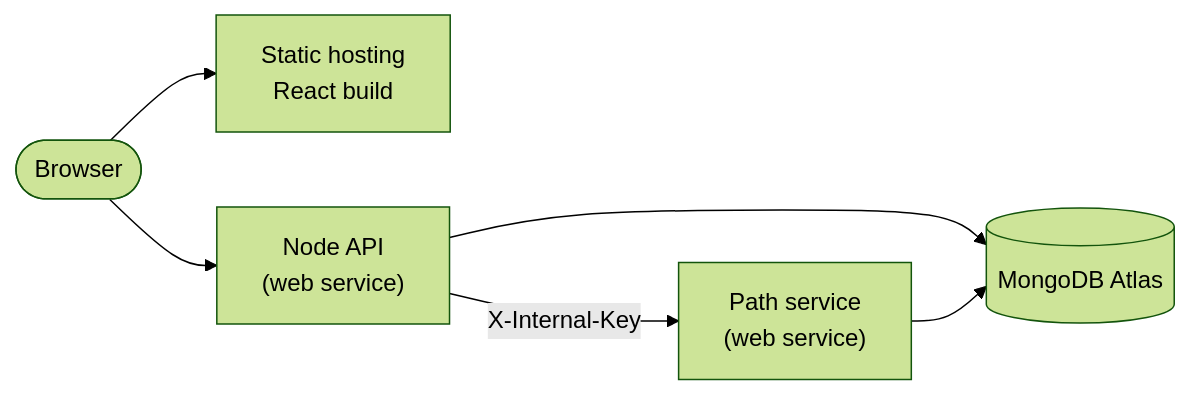
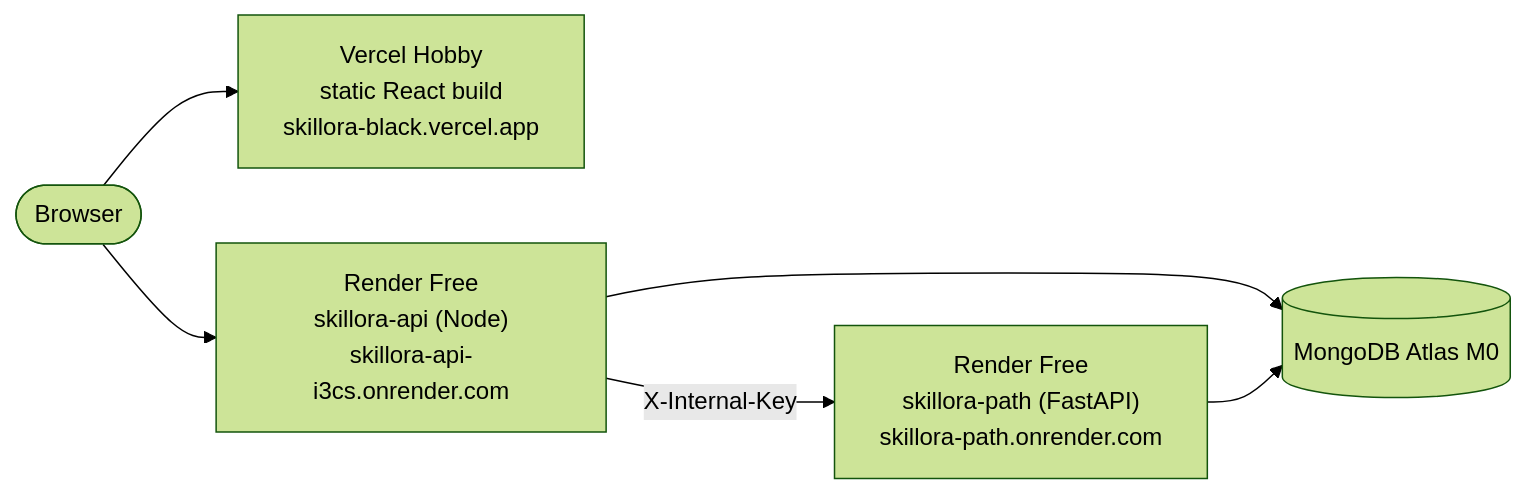
Before and after one commit to Vedant-Bhosle06/skillora: the sixth of 6 diagrams in docs/ARCHITECTURE.md, drawn with Mermaid (forest theme). The commit also changed other lines of this file and 17 other files, not shown here.

Commit message:
docs: live URLs, deployment architecture and refreshed user-guide screenshots

````diff
--- a/docs/ARCHITECTURE.md
+++ b/docs/ARCHITECTURE.md
@@ -237,8 +237,8 @@
 ```mermaid
 flowchart LR
-    user([Browser]) --> fe["Static hosting<br/>React build"]
-    user --> be["Node API<br/>(web service)"]
-    be -- "X-Internal-Key" --> ps["Path service<br/>(web service)"]
-    be --> atlas[(MongoDB Atlas)]
+    user([Browser]) --> fe["Vercel Hobby<br/>static React build<br/>skillora-black.vercel.app"]
+    user --> be["Render Free<br/>skillora-api (Node)<br/>skillora-api-i3cs.onrender.com"]
+    be -- "X-Internal-Key" --> ps["Render Free<br/>skillora-path (FastAPI)<br/>skillora-path.onrender.com"]
+    be --> atlas[("MongoDB Atlas M0")]
     ps --> atlas
 ```
````
